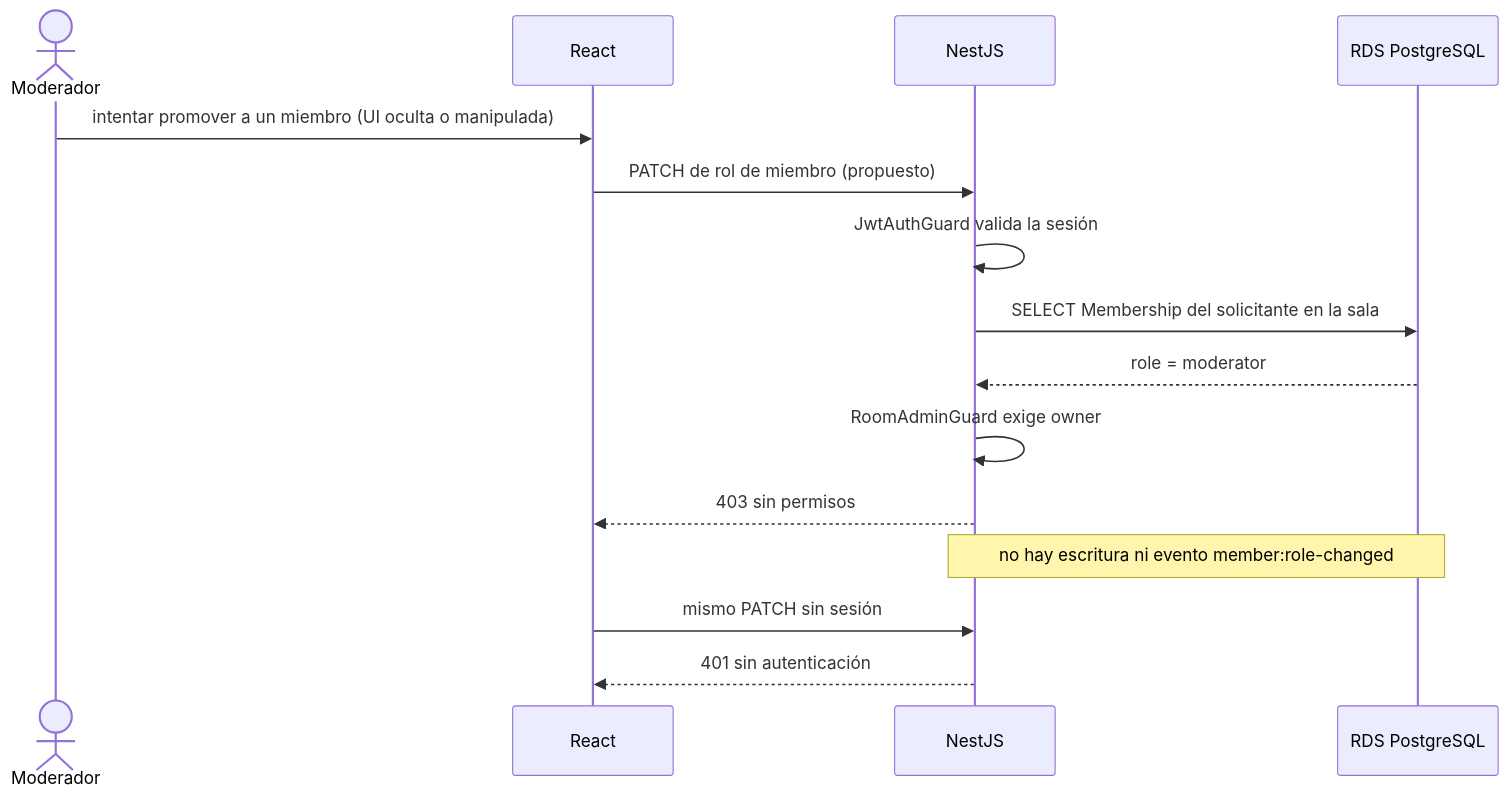
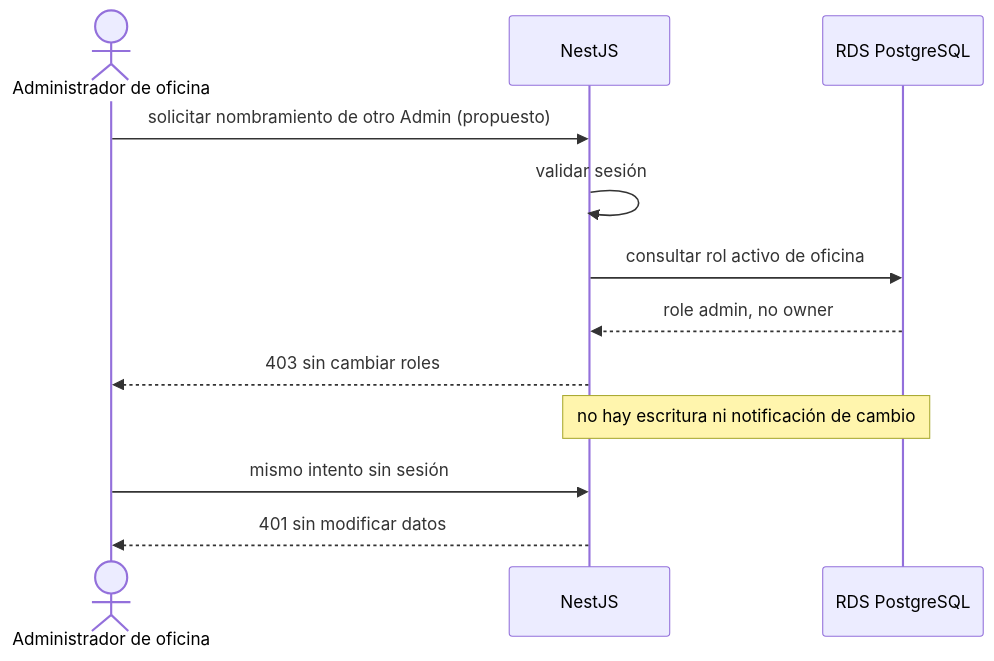
The fifth of 6 diagrams in docs/diagrams/04-behavioral/admin-flows.md (Agustin742/integratec-final-back), drawn with Mermaid before and after one commit. The commit also changed other lines of this file, not shown here.

Commit message:
docs(diagrams): model office lifecycle and scoped administration flows

````diff
--- a/docs/diagrams/04-behavioral/admin-flows.md
+++ b/docs/diagrams/04-behavioral/admin-flows.md
@@ -158,18 +144,15 @@
 ```mermaid
 sequenceDiagram
-    actor mod as Moderador
-    participant web as React
+    actor admin as Administrador de oficina
     participant api as NestJS
     participant db as RDS PostgreSQL
 
-    mod->>web: intentar promover a un miembro (UI oculta o manipulada)
-    web->>api: PATCH de rol de miembro (propuesto)
-    api->>api: JwtAuthGuard valida la sesión
-    api->>db: SELECT Membership del solicitante en la sala
-    db-->>api: role = moderator
-    api->>api: RoomAdminGuard exige owner
-    api-->>web: 403 sin permisos
-    Note over api,db: no hay escritura ni evento member:role-changed
-    web->>api: mismo PATCH sin sesión
-    api-->>web: 401 sin autenticación
+    admin->>api: solicitar nombramiento de otro Admin (propuesto)
+    api->>api: validar sesión
+    api->>db: consultar rol activo de oficina
+    db-->>api: role admin, no owner
+    api-->>admin: 403 sin cambiar roles
+    Note over api,db: no hay escritura ni notificación de cambio
+    admin->>api: mismo intento sin sesión
+    api-->>admin: 401 sin modificar datos
 ```
````
